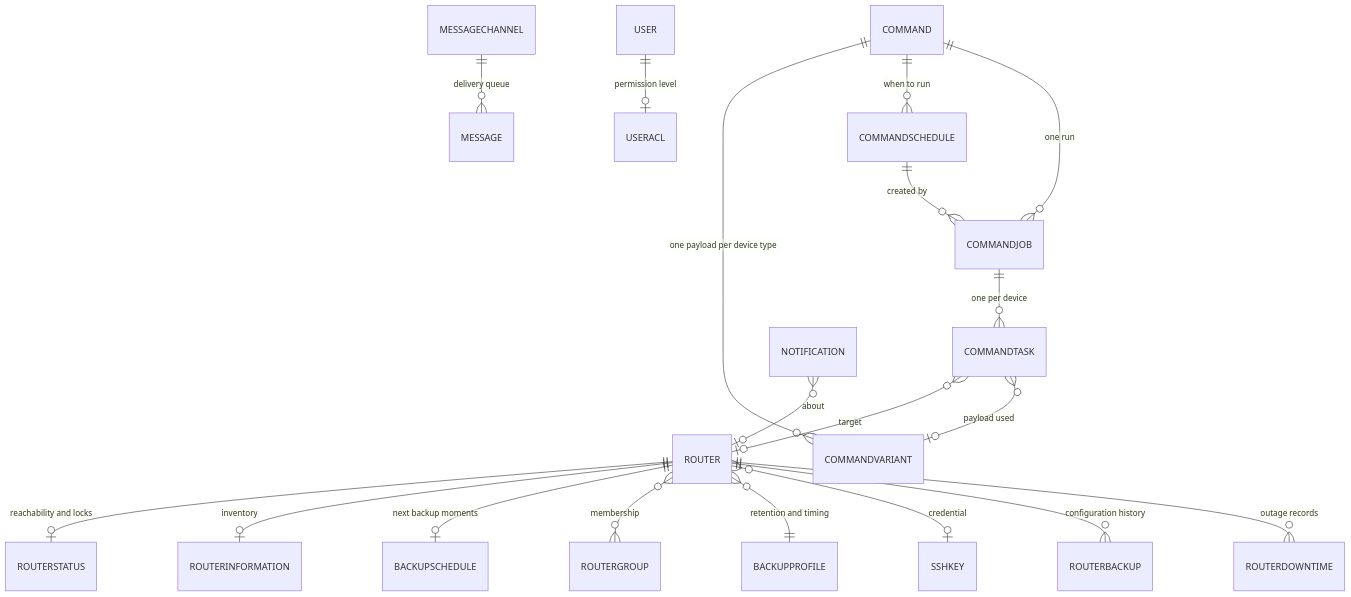
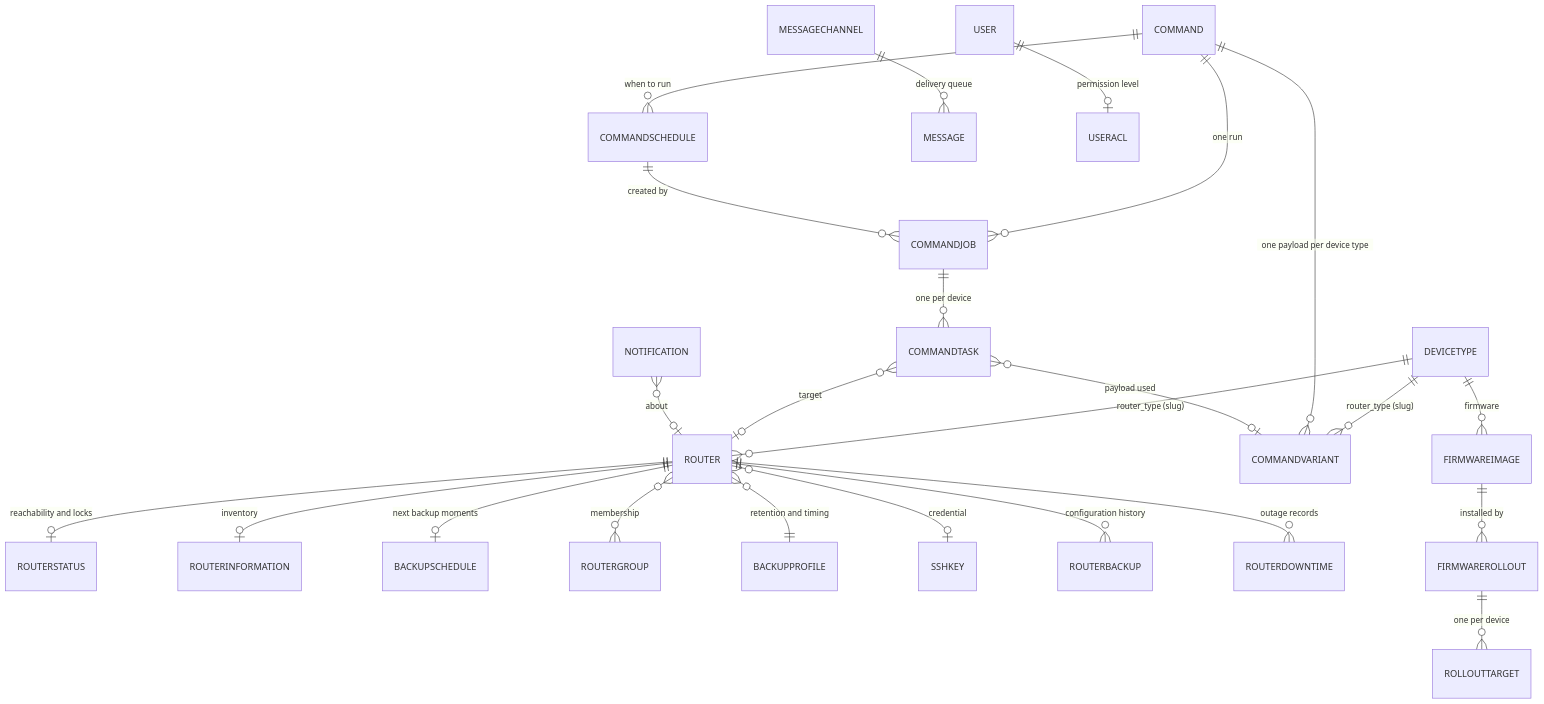
One commit to alessiobravi/routerfleet_improved changed the fourth of 4 diagrams in docs/architecture.md. Above: the diagram before and after it, drawn with Mermaid. The commit also changed other lines of this file and 14 other files, not shown here.

````diff
--- a/docs/architecture.md
+++ b/docs/architecture.md
@@ -117,23 +119,28 @@
 ```mermaid
 erDiagram
     ROUTER ||--o| ROUTERSTATUS : "reachability and locks"
     ROUTER ||--o| ROUTERINFORMATION : "inventory"
     ROUTER ||--o| BACKUPSCHEDULE : "next backup moments"
     ROUTER }o--o{ ROUTERGROUP : "membership"
     ROUTER }o--|| BACKUPPROFILE : "retention and timing"
     ROUTER }o--o| SSHKEY : "credential"
     ROUTER ||--o{ ROUTERBACKUP : "configuration history"
     ROUTER ||--o{ ROUTERDOWNTIME : "outage records"
+    DEVICETYPE ||--o{ ROUTER : "router_type (slug)"
+    DEVICETYPE ||--o{ COMMANDVARIANT : "router_type (slug)"
+    DEVICETYPE ||--o{ FIRMWAREIMAGE : "firmware"
+    FIRMWAREIMAGE ||--o{ FIRMWAREROLLOUT : "installed by"
+    FIRMWAREROLLOUT ||--o{ ROLLOUTTARGET : "one per device"
 
     COMMAND ||--o{ COMMANDVARIANT : "one payload per device type"
     COMMAND ||--o{ COMMANDSCHEDULE : "when to run"
     COMMAND ||--o{ COMMANDJOB : "one run"
     COMMANDSCHEDULE ||--o{ COMMANDJOB : "created by"
     COMMANDJOB ||--o{ COMMANDTASK : "one per device"
     COMMANDTASK }o--o| ROUTER : "target"
     COMMANDTASK }o--o| COMMANDVARIANT : "payload used"
 
     MESSAGECHANNEL ||--o{ MESSAGE : "delivery queue"
     NOTIFICATION }o--o| ROUTER : "about"
     USER ||--o| USERACL : "permission level"
 ```
````
